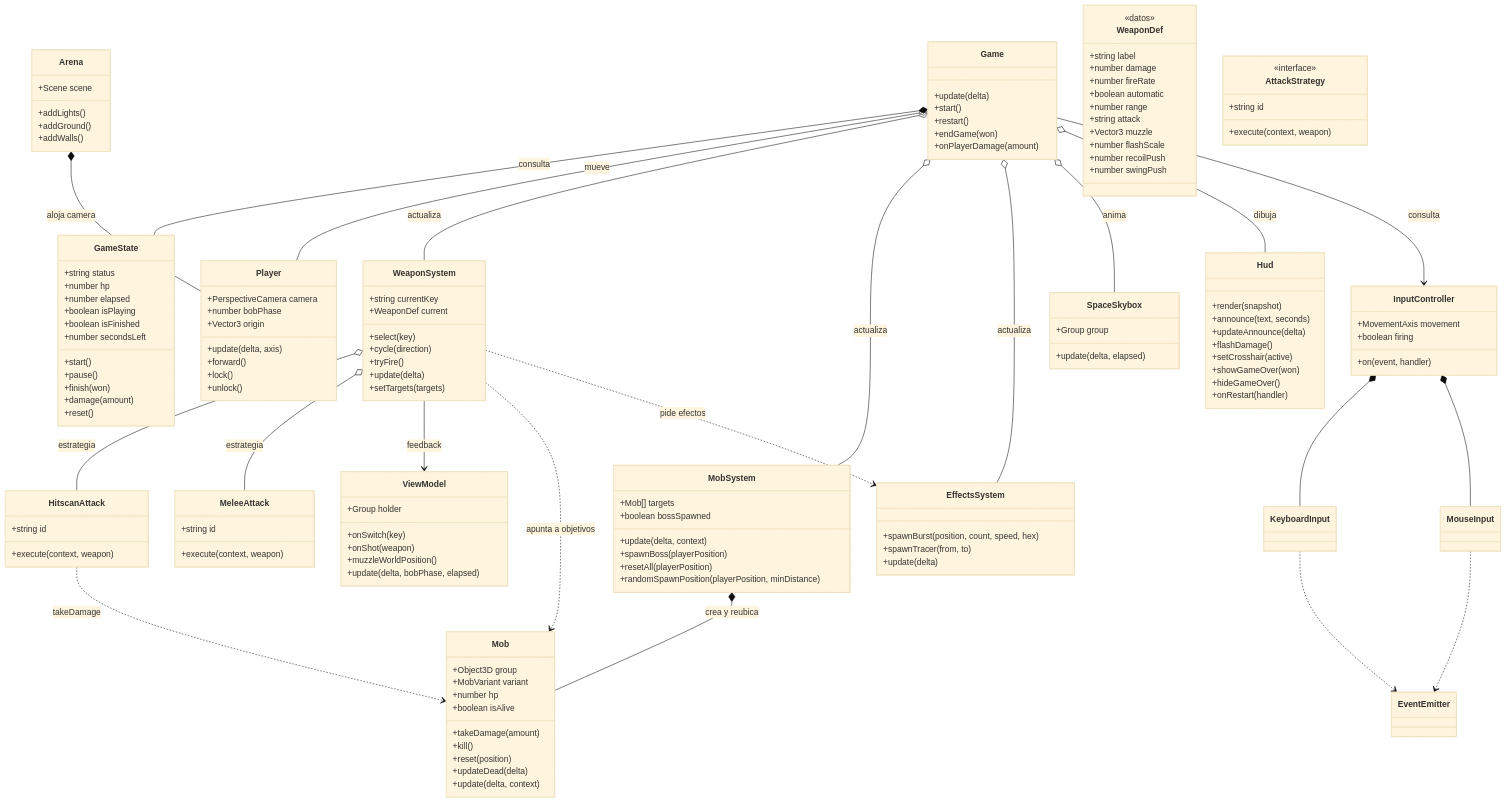
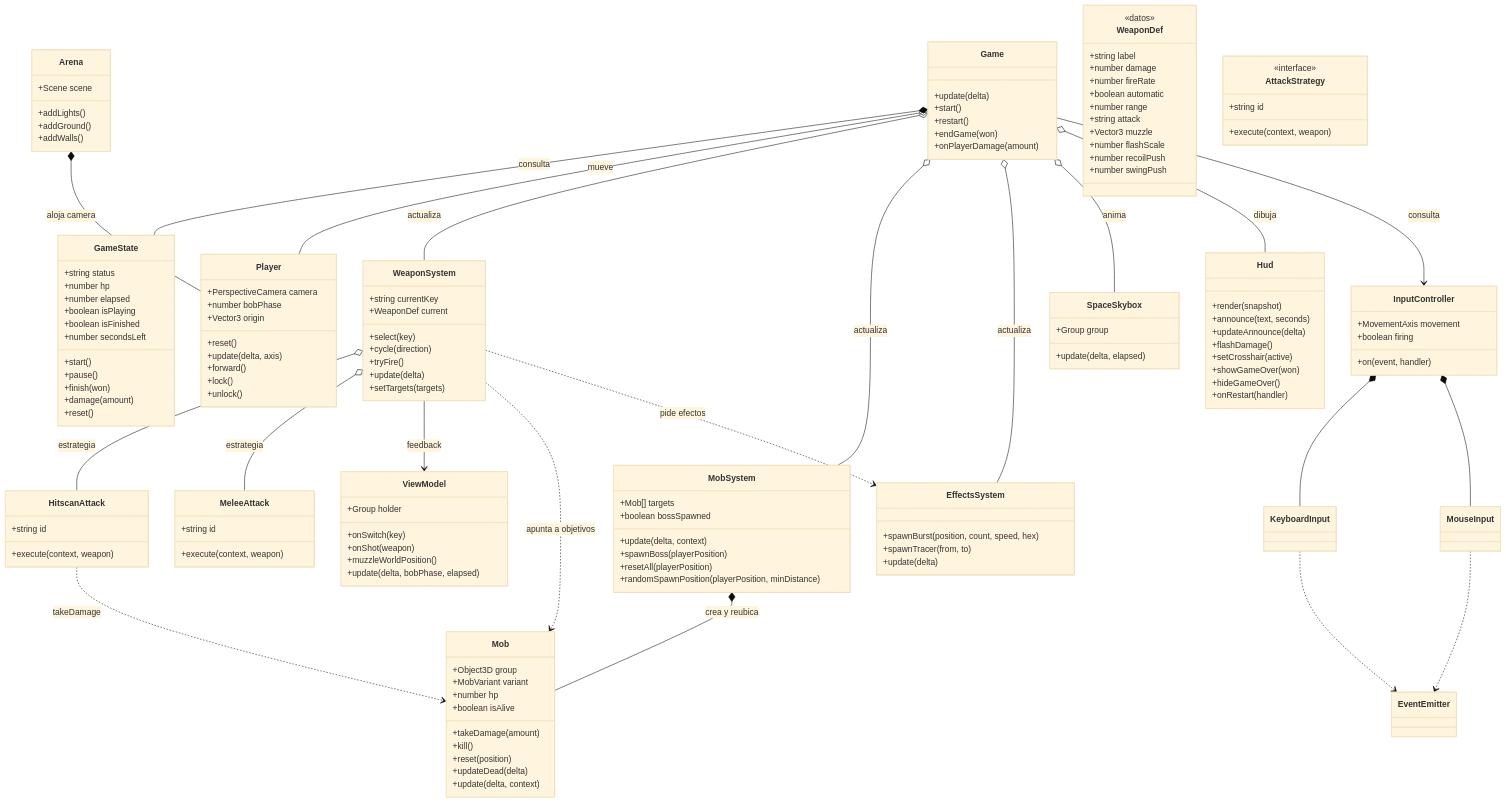
Before and after one commit to Lstevens/shooter-espacial-3d: the first of 5 diagrams in ARCHITECTURE.md, drawn with Mermaid (base theme). The commit also changed 3 other files, not shown here.

```diff
--- a/ARCHITECTURE.md
+++ b/ARCHITECTURE.md
@@ -73,6 +73,7 @@
         +PerspectiveCamera camera
         +number bobPhase
         +Vector3 origin
+        +reset()
         +update(delta, axis)
         +forward()
         +lock()
```
